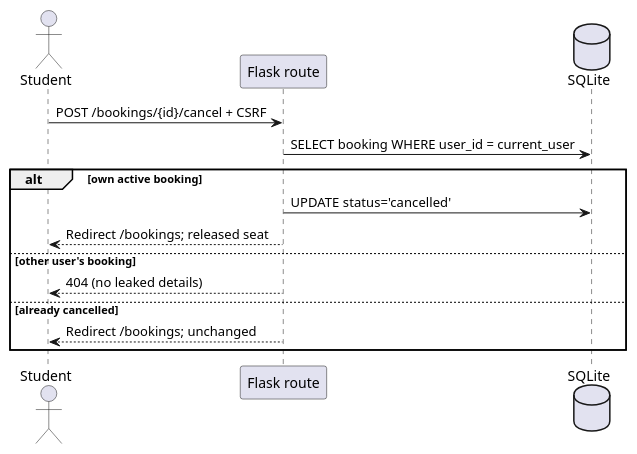
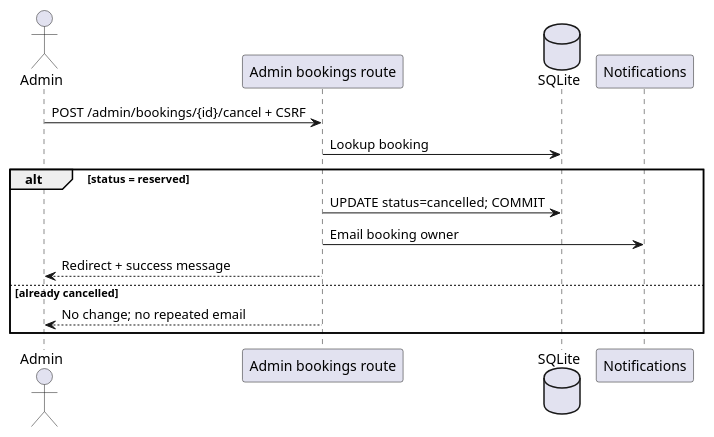
One commit to ItsMONIKAAKTER/CSTBS changed the fifth of 6 diagrams in docs/uml.md. Above: the diagram before and after it, drawn with PlantUML. The commit also changed other lines of this file and 31 other files, not shown here.

````diff
--- a/docs/uml.md
+++ b/docs/uml.md
@@ -166,17 +164,17 @@
 ```plantuml
 @startuml
-actor Student
-participant "Flask route" as Route
+actor Admin
+participant "Admin bookings route" as Route
 database SQLite as DB
-Student -> Route : POST /bookings/{id}/cancel + CSRF
-Route -> DB : SELECT booking WHERE user_id = current_user
-alt own active booking
-  Route -> DB : UPDATE status='cancelled'
-  Route --> Student : Redirect /bookings; released seat
-else other user's booking
-  Route --> Student : 404 (no leaked details)
+participant "Notifications" as Mail
+Admin -> Route : POST /admin/bookings/{id}/cancel + CSRF
+Route -> DB : Lookup booking
+alt status = reserved
+  Route -> DB : UPDATE status=cancelled; COMMIT
+  Route -> Mail : Email booking owner
+  Route --> Admin : Redirect + success message
 else already cancelled
-  Route --> Student : Redirect /bookings; unchanged
+  Route --> Admin : No change; no repeated email
 end
 @enduml
 ```
````
